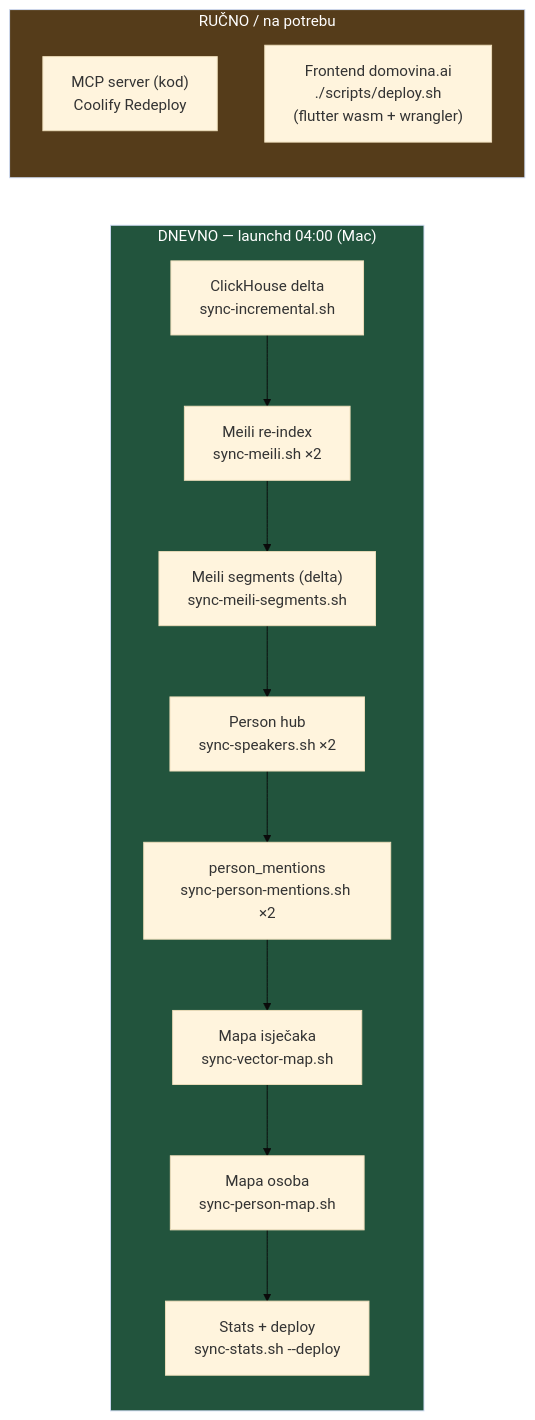
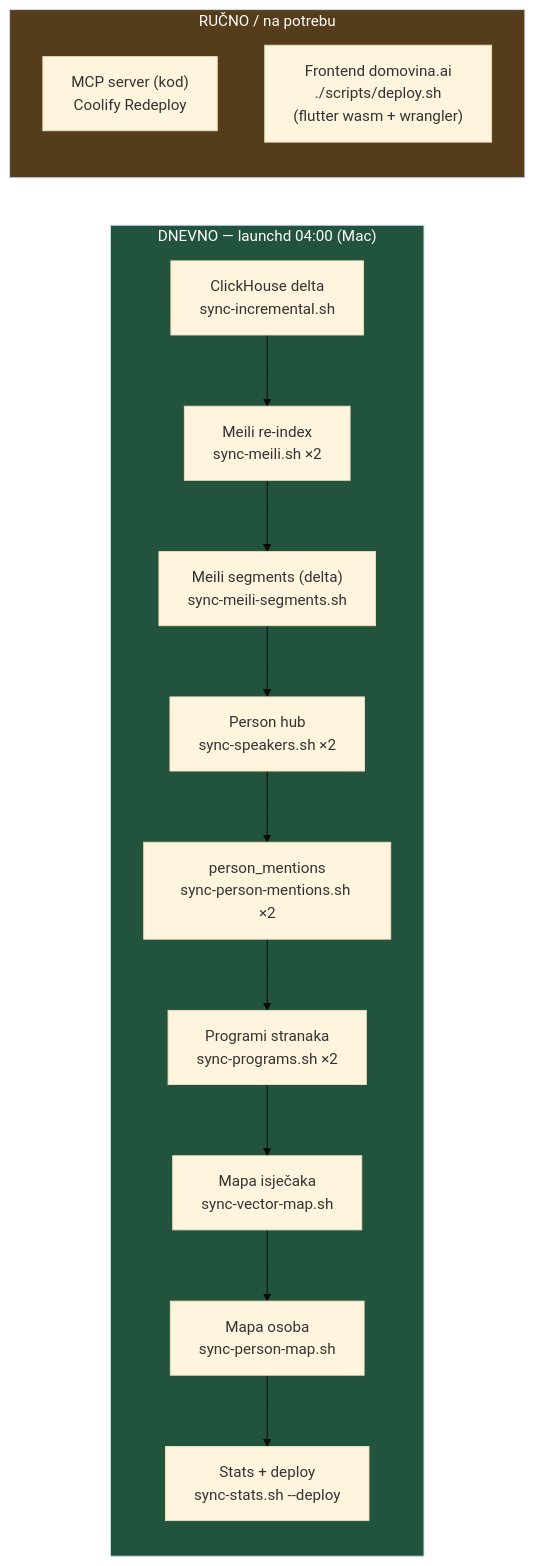
One commit to domovinatv/domovina-rag changed the seventh of 8 diagrams in docs/data-refresh-flow.md. Above: the diagram before and after it, drawn with Mermaid (base theme). The commit also changed other lines of this file and 1 other file, not shown here.

Commit message:
docs: programi stranaka (program_chunks) u data-refresh-flow i ETL README-u

````diff
--- a/docs/data-refresh-flow.md
+++ b/docs/data-refresh-flow.md
@@ -253,21 +266,22 @@
 ```mermaid
 flowchart LR
     subgraph DAILY["DNEVNO — launchd 04:00 (Mac)"]
         CH["ClickHouse delta<br/>sync-incremental.sh"]
         ME["Meili re-index<br/>sync-meili.sh ×2"]
         SG["Meili segments (delta)<br/>sync-meili-segments.sh"]
         SP["Person hub<br/>sync-speakers.sh ×2"]
         PM["person_mentions<br/>sync-person-mentions.sh ×2"]
+        PR["Programi stranaka<br/>sync-programs.sh ×2"]
         VM["Mapa isječaka<br/>sync-vector-map.sh"]
         PMAP["Mapa osoba<br/>sync-person-map.sh"]
         ST["Stats + deploy<br/>sync-stats.sh --deploy"]
-        CH --> ME --> SG --> SP --> PM --> VM --> PMAP --> ST
+        CH --> ME --> SG --> SP --> PM --> PR --> VM --> PMAP --> ST
     end
     subgraph MANUAL["RUČNO / na potrebu"]
         MCPD["MCP server (kod)<br/>Coolify Redeploy"]
         FE["Frontend domovina.ai<br/>./scripts/deploy.sh<br/>(flutter wasm + wrangler)"]
     end
 
     style DAILY fill:#22543d,color:#fff
     style MANUAL fill:#553c1a,color:#fff
 ```
````
